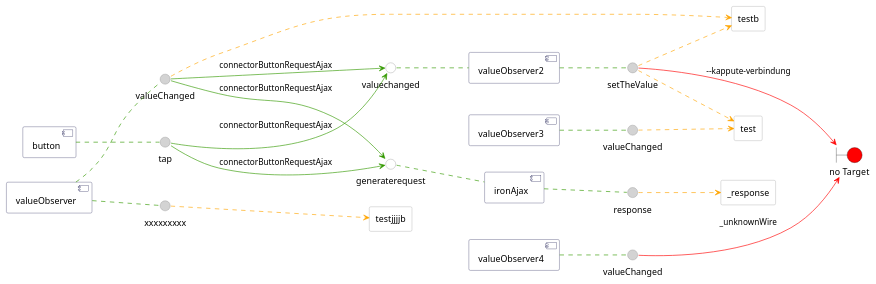
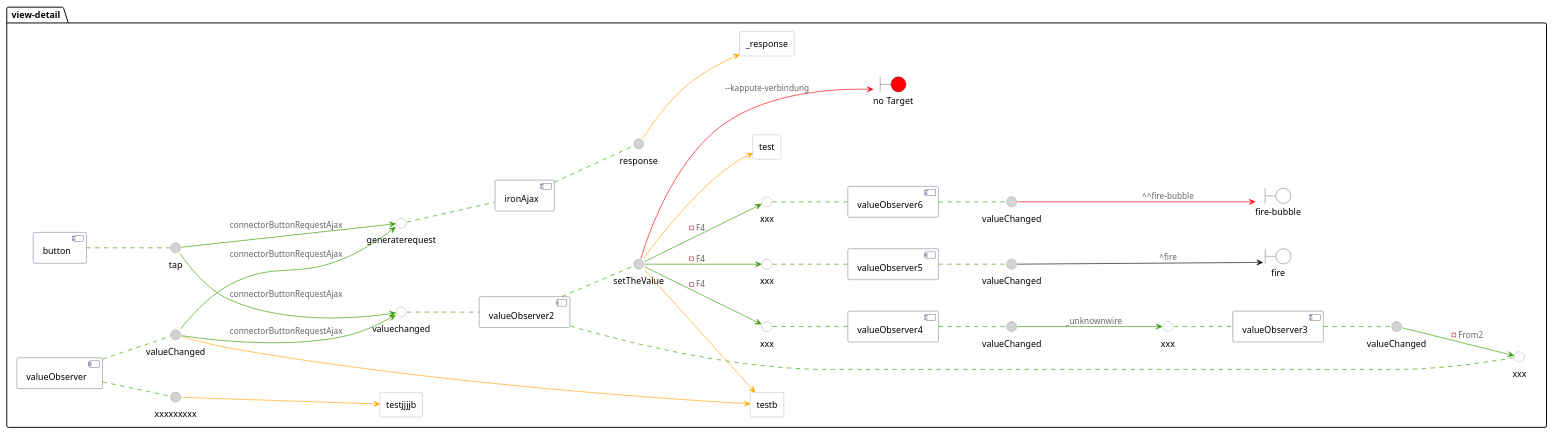
The diagram in demo.puml (veith/flowbased-polymer), drawn with PlantUML before and after one commit. The commit also changed 5 other files, not shown here.

```diff
--- a/demo.puml
+++ b/demo.puml
@@ -1,59 +1,89 @@
 @startuml
 left to right direction
-
-
-
-skinparam interface {
+ skinparam interface {
 backgroundColor lightgrey
 borderColor grey
 }
 skinparam component {
 ArrowColor #339900
+ArrowFontColor #666666
 borderColor #222255
 }
 skinparam agent {
 ArrowFontColor #666666
 borderColor #999999
 }
+
+
+
+folder " view-detail " as root{
 agent _response as valueelement_response #white
 component ironAjax #white
 agent testjjjjb as valueelementtestjjjjb #white
 component valueObserver #white
 agent testb as valueelementtestb #white
 component valueObserver2 #white
 agent test as valueelementtest #white
-component valueObserver3 #white
 component button #white
 component valueObserver4 #white
+component valueObserver5 #white
+component valueObserver6 #white
+component valueObserver3 #white
+boundary fire as fire #white
+boundary "fire-bubble" as fireBubble #white
+boundary "no Target" as XXXXXnirvanaXXXXX #red
+
 interface generaterequest as interfaceGeneraterequestironAjax  #white
 interfaceGeneraterequestironAjax .. ironAjax
 interface valuechanged as interfaceValuechangedvalueObserver2  #white
 interfaceValuechangedvalueObserver2 .. valueObserver2
+interface xxx as interfaceXxxvalueObserver4  #white
+interfaceXxxvalueObserver4 .. valueObserver4
+interface xxx as interfaceXxxvalueObserver5  #white
+interfaceXxxvalueObserver5 .. valueObserver5
+interface xxx as interfaceXxxvalueObserver6  #white
+interfaceXxxvalueObserver6 .. valueObserver6
+interface xxx as interfaceXxxvalueObserver2  #white
+interfaceXxxvalueObserver2 .. valueObserver2
+interface xxx as interfaceXxxvalueObserver3  #white
+interfaceXxxvalueObserver3 .. valueObserver3
 interface response as interfaceResponseironAjax #lightgray
 ironAjax .. interfaceResponseironAjax
-interfaceResponseironAjax ..> valueelement_response #orange
+interfaceResponseironAjax --> valueelement_response #orange
 interface xxxxxxxxx as interfaceXxxxxxxxxvalueObserver #lightgray
 valueObserver .. interfaceXxxxxxxxxvalueObserver
-interfaceXxxxxxxxxvalueObserver ..> valueelementtestjjjjb #orange
+interfaceXxxxxxxxxvalueObserver --> valueelementtestjjjjb #orange
 interface valueChanged as interfaceValueChangedvalueObserver #lightgray
 valueObserver .. interfaceValueChangedvalueObserver
-interfaceValueChangedvalueObserver ..> valueelementtestb #orange
+interfaceValueChangedvalueObserver --> valueelementtestb #orange
 interface setTheValue as interfaceSetTheValuevalueObserver2 #lightgray
 valueObserver2 .. interfaceSetTheValuevalueObserver2
-interfaceSetTheValuevalueObserver2 ..> valueelementtestb #orange
-interfaceSetTheValuevalueObserver2 ..> valueelementtest #orange
+interfaceSetTheValuevalueObserver2 --> valueelementtestb #orange
+interfaceSetTheValuevalueObserver2 --> valueelementtest #orange
+interface tap as interfaceTapbutton #lightgray
+button .. interfaceTapbutton
+
+interfaceSetTheValuevalueObserver2 --->  XXXXXnirvanaXXXXX  #red :--kappute-verbindung
 interface valueChanged as interfaceValueChangedvalueObserver3 #lightgray
 valueObserver3 .. interfaceValueChangedvalueObserver3
-interfaceValueChangedvalueObserver3 ..> valueelementtest #orange
-interface tap as interfaceTapbutton #lightgray
-button .. interfaceTapbutton
-boundary "no Target" as XXXXXnirvanaXXXXX #red
-interfaceSetTheValuevalueObserver2 --->  XXXXXnirvanaXXXXX  #red :--kappute-verbindung
 interface valueChanged as interfaceValueChangedvalueObserver4 #lightgray
 valueObserver4 .. interfaceValueChangedvalueObserver4
-interfaceValueChangedvalueObserver4 --->  XXXXXnirvanaXXXXX  #red :_unknownWire
+interface valueChanged as interfaceValueChangedvalueObserver5 #lightgray
+valueObserver5 .. interfaceValueChangedvalueObserver5
+interfaceValueChangedvalueObserver5  ---> fire   #black :^fire
+interface valueChanged as interfaceValueChangedvalueObserver6 #lightgray
+valueObserver6 .. interfaceValueChangedvalueObserver6
+interfaceValueChangedvalueObserver6  ---> fireBubble  #red :^^fire-bubble
 interfaceTapbutton --> interfaceGeneraterequestironAjax :connectorButtonRequestAjax
 interfaceTapbutton --> interfaceValuechangedvalueObserver2 :connectorButtonRequestAjax
 interfaceValueChangedvalueObserver --> interfaceGeneraterequestironAjax :connectorButtonRequestAjax
 interfaceValueChangedvalueObserver --> interfaceValuechangedvalueObserver2 :connectorButtonRequestAjax
+interfaceSetTheValuevalueObserver2 --> interfaceXxxvalueObserver4 :-F4
+interfaceSetTheValuevalueObserver2 --> interfaceXxxvalueObserver5 :-F4
+interfaceSetTheValuevalueObserver2 --> interfaceXxxvalueObserver6 :-F4
+interfaceValueChangedvalueObserver3 --> interfaceXxxvalueObserver2 :-From2
+interfaceValueChangedvalueObserver4 --> interfaceXxxvalueObserver3 :_unknownwire
+
+}
+
 @enduml
```
